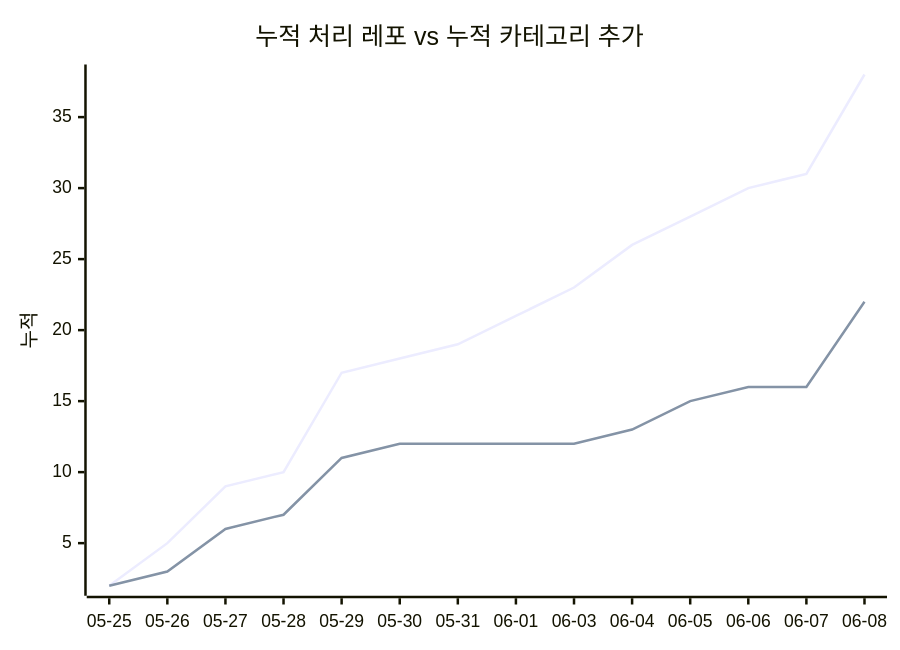
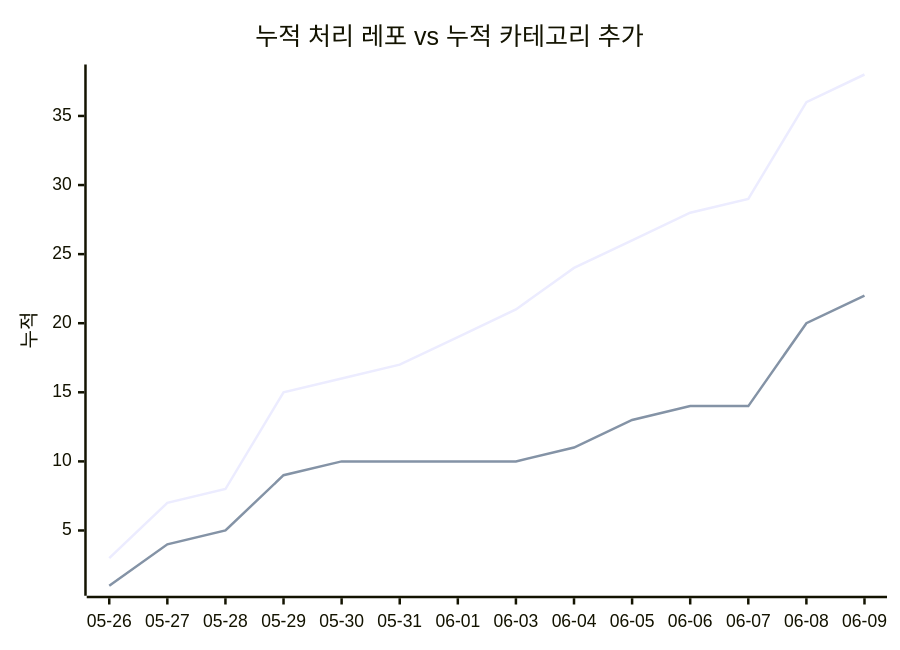
One commit to J-nowcow/awesome-korean-agent-skills changed the second of 2 diagrams in docs/trends.md. Above: the diagram before and after it, drawn with Mermaid. The commit also changed other lines of this file and 5 other files, not shown here.

````diff
--- a/docs/trends.md
+++ b/docs/trends.md
@@ -68,8 +68,8 @@
 ```mermaid
 xychart-beta
     title "누적 처리 레포 vs 누적 카테고리 추가"
-    x-axis ["05-25","05-26","05-27","05-28","05-29","05-30","05-31","06-01","06-03","06-04","06-05","06-06","06-07","06-08"]
+    x-axis ["05-26","05-27","05-28","05-29","05-30","05-31","06-01","06-03","06-04","06-05","06-06","06-07","06-08","06-09"]
     y-axis "누적"
-    line [2,5,9,10,17,18,19,21,23,26,28,30,31,38]
-    line [2,3,6,7,11,12,12,12,12,13,15,16,16,22]
+    line [3,7,8,15,16,17,19,21,24,26,28,29,36,38]
+    line [1,4,5,9,10,10,10,10,11,13,14,14,20,22]
 ```
````
